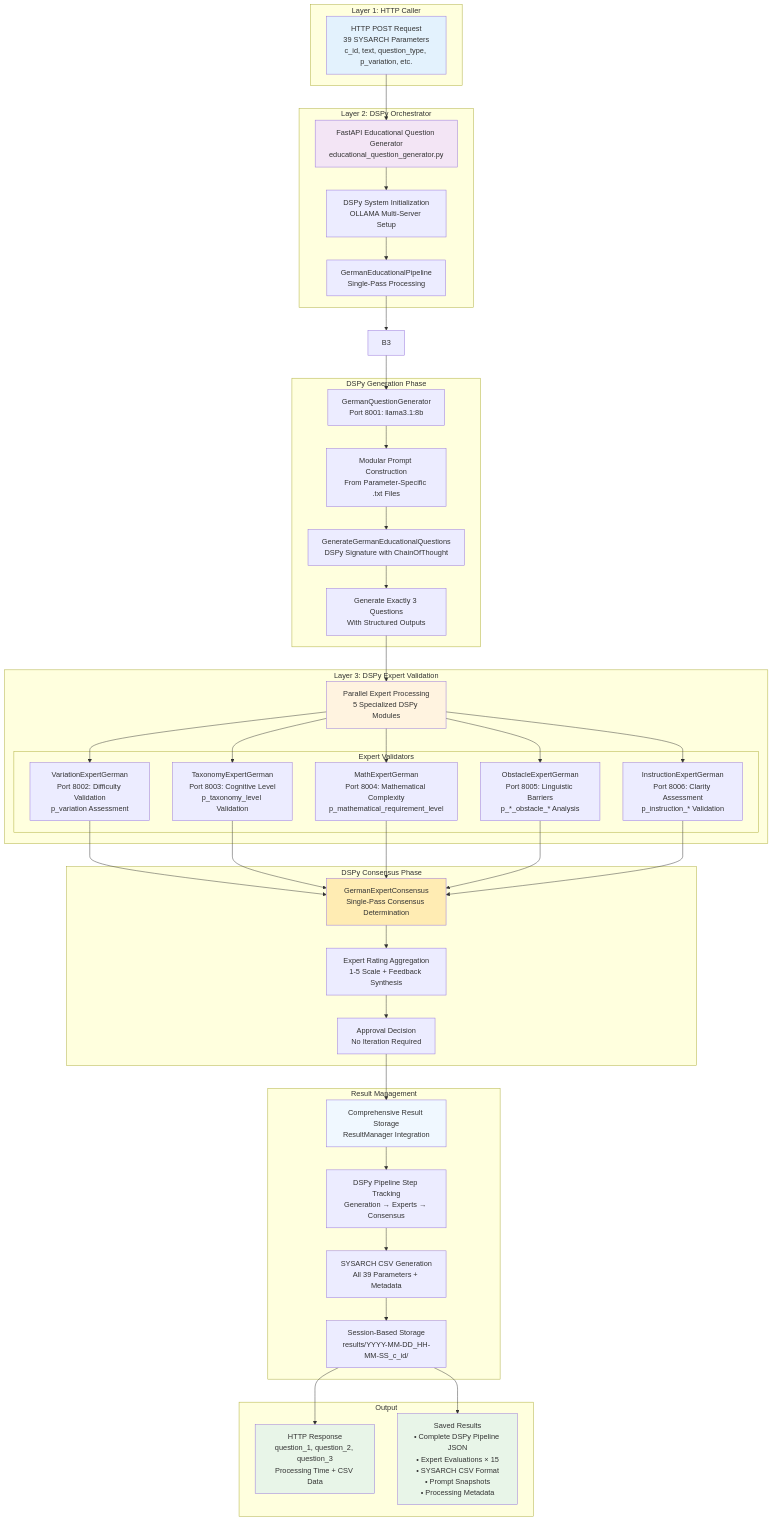
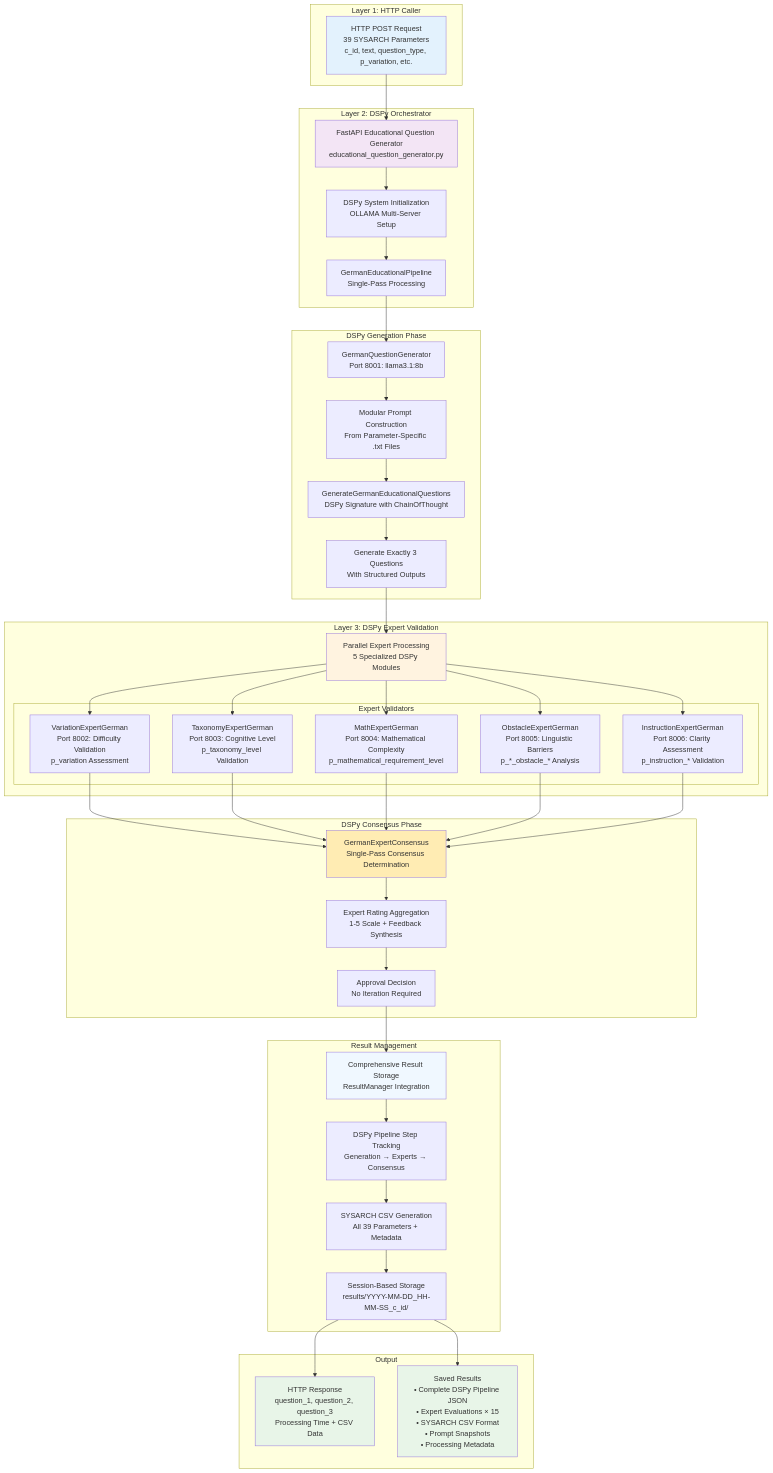
Before and after one commit to mklemmingen/ALEE: the diagram in README.md, drawn with Mermaid.

Commit message:
Simplify flowchart in README by removing redundant step B3

```diff
--- a/README.md
+++ b/README.md
@@ -68,8 +68,7 @@
     A --> B
     B --> B1
     B1 --> B2
-    B2 --> B3
-    B3 --> C
+    B2 --> C
     C --> C1
     C1 --> C2
     C2 --> C3
```
